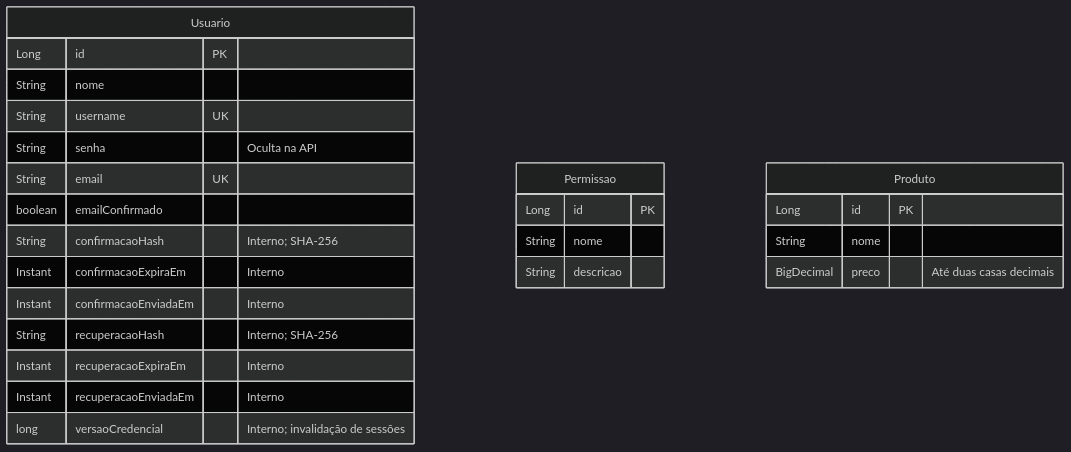
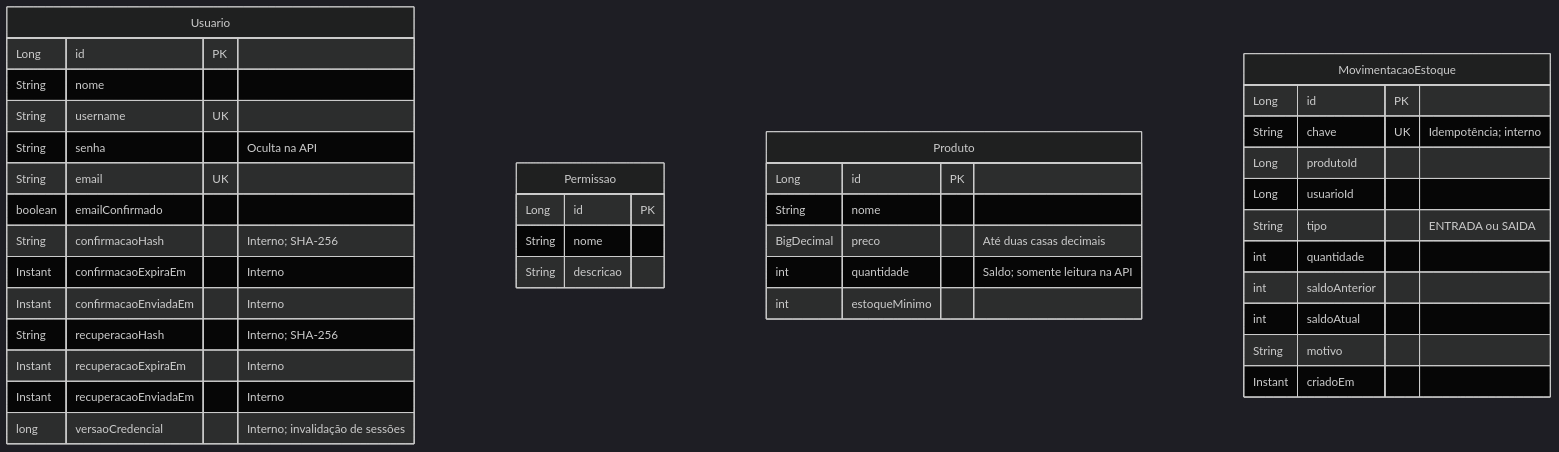
One commit to Z3NYN/diegoabreu-web2-fullstack changed the fourth of 6 diagrams in README.md. Above: the diagram before and after it, drawn with Mermaid (dark theme). The commit also changed other lines of this file and 24 other files, not shown here.

````diff
--- a/README.md
+++ b/README.md
@@ -209,28 +261,42 @@
 ```mermaid
 erDiagram
     Usuario {
         Long id PK
         String nome
         String username UK
         String senha "Oculta na API"
         String email UK
         boolean emailConfirmado
         String confirmacaoHash "Interno; SHA-256"
         Instant confirmacaoExpiraEm "Interno"
         Instant confirmacaoEnviadaEm "Interno"
         String recuperacaoHash "Interno; SHA-256"
         Instant recuperacaoExpiraEm "Interno"
         Instant recuperacaoEnviadaEm "Interno"
         long versaoCredencial "Interno; invalidação de sessões"
     }
     Permissao {
         Long id PK
         String nome
         String descricao
     }
     Produto {
         Long id PK
         String nome
         BigDecimal preco "Até duas casas decimais"
+        int quantidade "Saldo; somente leitura na API"
+        int estoqueMinimo
+    }
+    MovimentacaoEstoque {
+        Long id PK
+        String chave UK "Idempotência; interno"
+        Long produtoId
+        Long usuarioId
+        String tipo "ENTRADA ou SAIDA"
+        int quantidade
+        int saldoAnterior
+        int saldoAtual
+        String motivo
+        Instant criadoEm
     }
 ```
````
